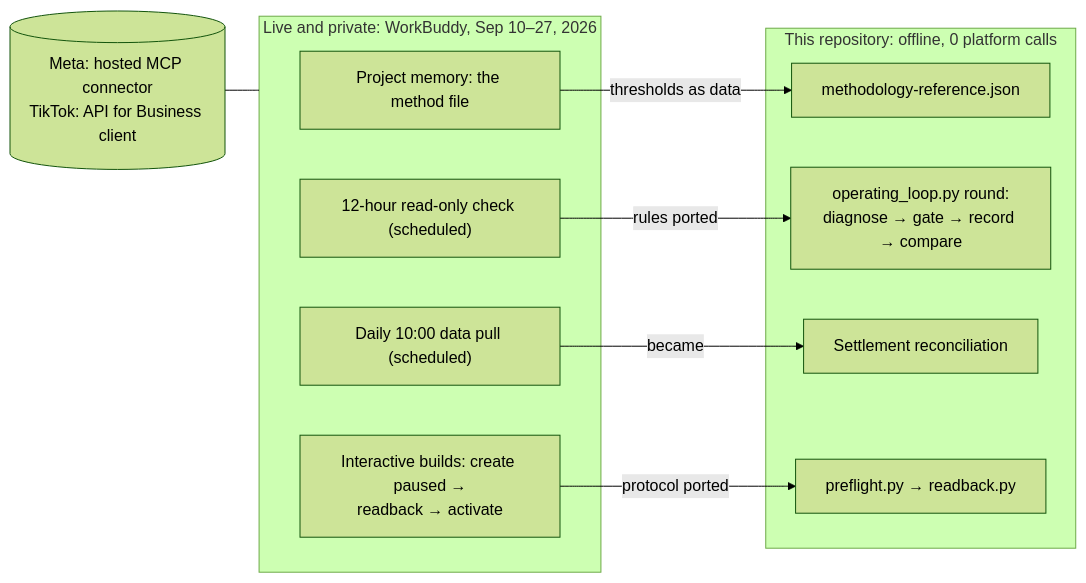
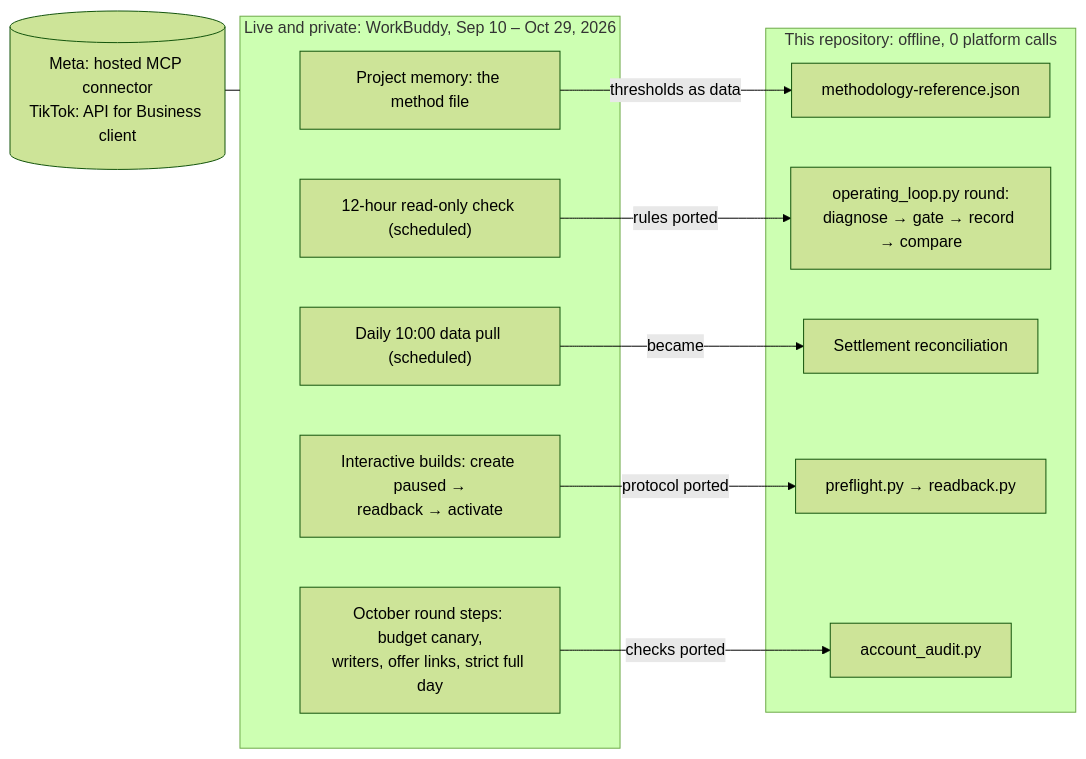
The second of 2 diagrams in README.md (creator2000212-crypto/ad-ops-agent), drawn with Mermaid (forest theme) before and after one commit. The commit also changed other lines of this file and 34 other files, not shown here.

````diff
--- a/README.md
+++ b/README.md
@@ -115,20 +124,23 @@
 ```mermaid
 flowchart LR
     conn[("Meta: hosted MCP connector<br/>TikTok: API for Business client")] --- live
-    subgraph live["Live and private: WorkBuddy, Sep 10–27, 2026"]
+    subgraph live["Live and private: WorkBuddy, Sep 10 – Oct 29, 2026"]
         mem["Project memory: the method file"]
         check["12-hour read-only check (scheduled)"]
         pull["Daily 10:00 data pull (scheduled)"]
         build["Interactive builds: create paused →<br/>readback → activate"]
+        oct["October round steps: budget canary,<br/>writers, offer links, strict full day"]
     end
     subgraph repo["This repository: offline, 0 platform calls"]
         meth["methodology-reference.json"]
         round["operating_loop.py round:<br/>diagnose → gate → record → compare"]
         recon["Settlement reconciliation"]
         qa["preflight.py → readback.py"]
+        audit["account_audit.py"]
     end
     mem -- thresholds as data --> meth
     check -- rules ported --> round
     pull -- became --> recon
     build -- protocol ported --> qa
+    oct -- checks ported --> audit
 ```
````
